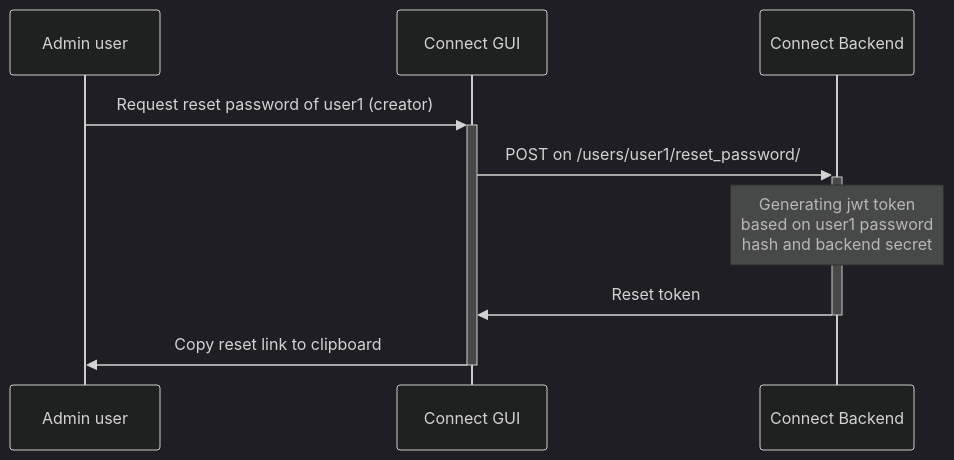
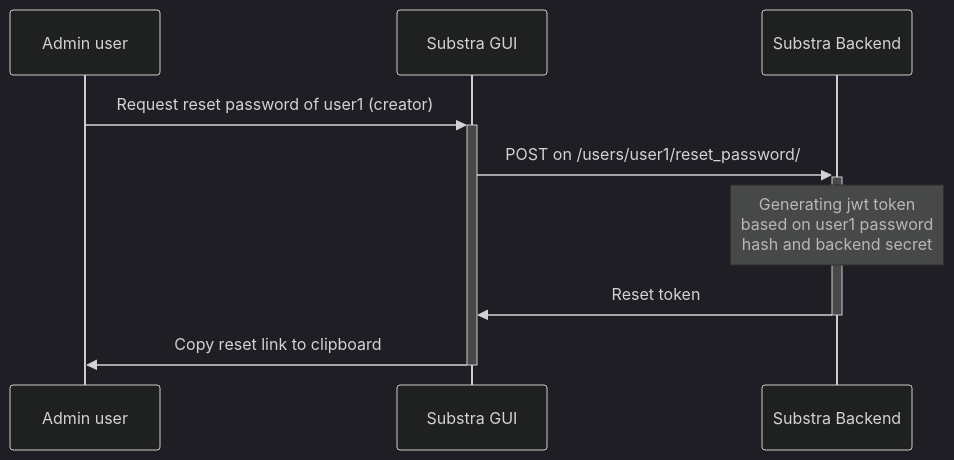
Before and after one commit to Substra/substra-backend: the diagram in docs/schemas/reset-password-request.mmd, drawn with Mermaid (dark theme). The commit also changed 20 other files, not shown here.

Commit message:
chore: rename connect to substra (#1302)

```diff
--- a/docs/schemas/reset-password-request.mmd
+++ b/docs/schemas/reset-password-request.mmd
@@ -1,6 +1,6 @@
 sequenceDiagram
-    Admin user->>+Connect GUI: Request reset password of user1 (creator)
-    Connect GUI->>+Connect Backend: POST on /users/user1/reset_password/
-    Note over Connect Backend: Generating jwt token <br> based on user1 password <br> hash and backend secret
-    Connect Backend->>-Connect GUI: Reset token
-    Connect GUI->>-Admin user: Copy reset link to clipboard
+    Admin user->>+Substra GUI: Request reset password of user1 (creator)
+    Substra GUI->>+Substra Backend: POST on /users/user1/reset_password/
+    Note over Substra Backend: Generating jwt token <br> based on user1 password <br> hash and backend secret
+    Substra Backend->>-Substra GUI: Reset token
+    Substra GUI->>-Admin user: Copy reset link to clipboard
```
